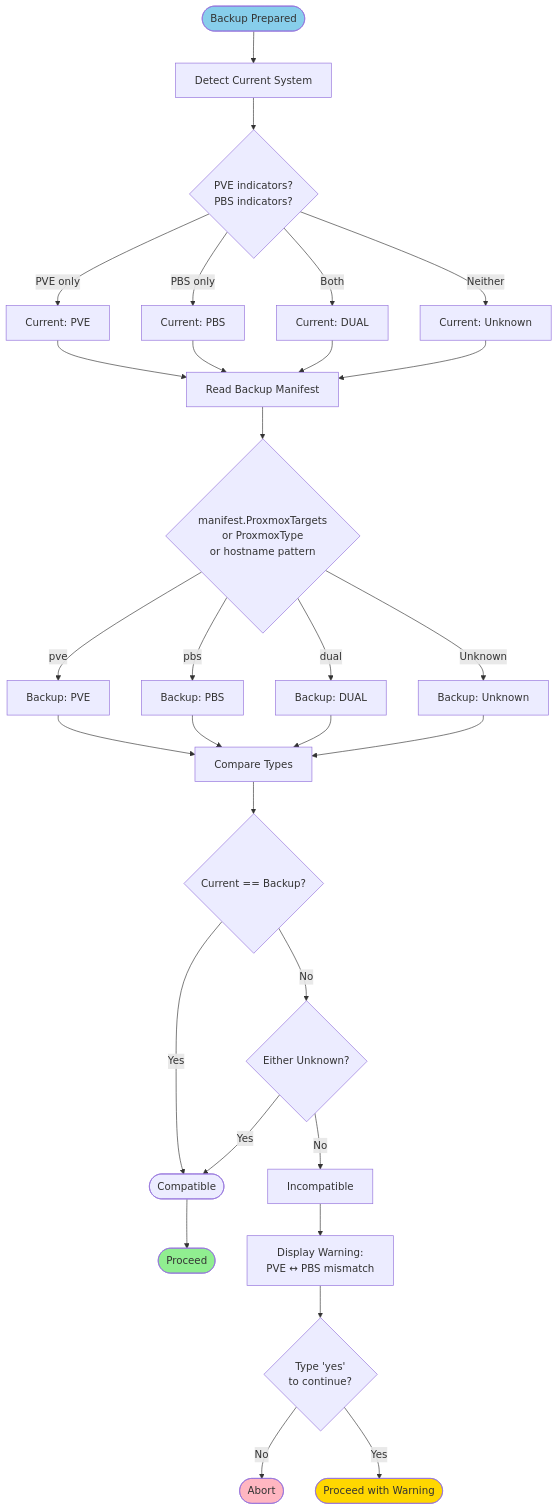
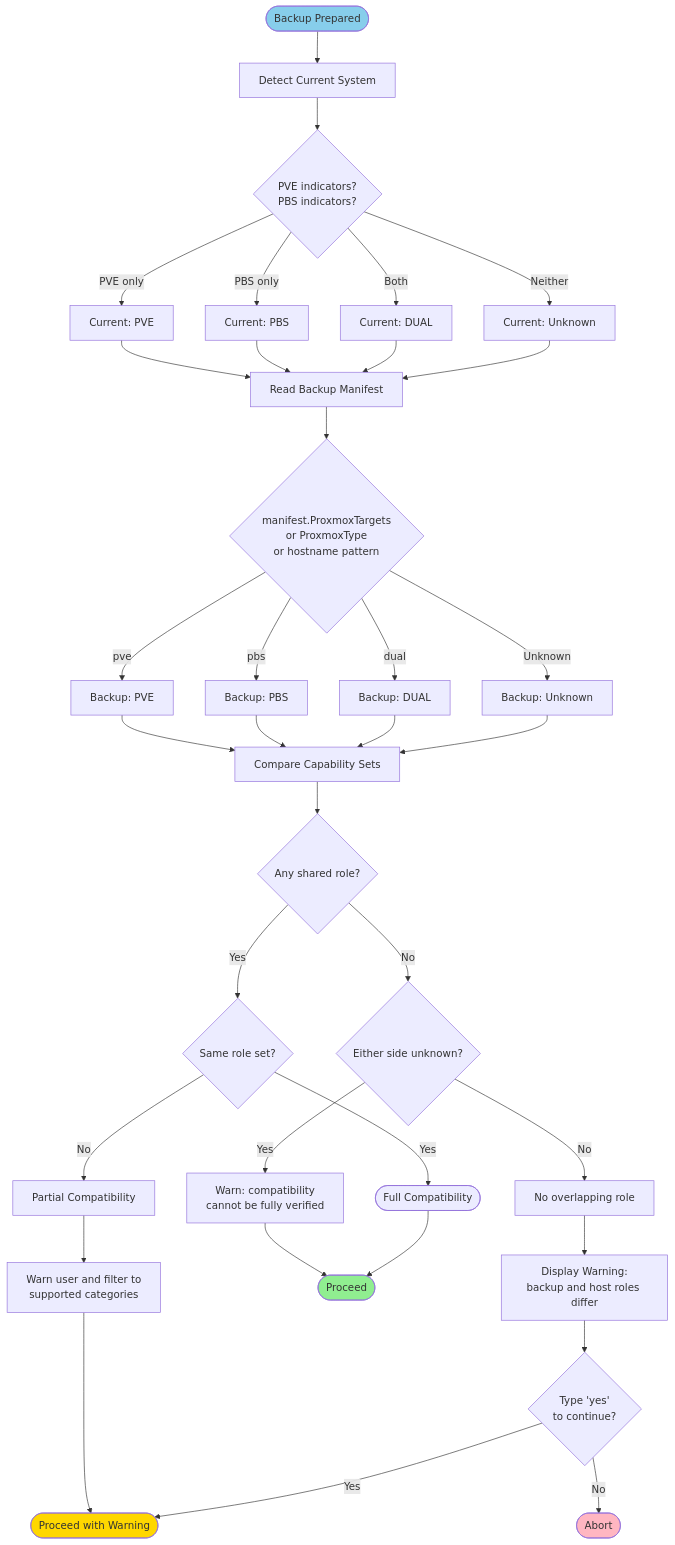
Diagram 12 of 12 in docs/RESTORE_DIAGRAMS.md (tis24dev/proxsave), drawn with Mermaid before and after one commit. The commit also changed other lines of this file and 2 other files, not shown here.

````diff
--- a/docs/RESTORE_DIAGRAMS.md
+++ b/docs/RESTORE_DIAGRAMS.md
@@ -634,46 +637,51 @@
 ```mermaid
 flowchart TD
     Start([Backup Prepared]) --> DetectCurrent[Detect Current System]
     DetectCurrent --> CheckSystem{PVE indicators?<br/>PBS indicators?}
 
     CheckSystem -->|PVE only| CurrentPVE[Current: PVE]
     CheckSystem -->|PBS only| CurrentPBS[Current: PBS]
     CheckSystem -->|Both| CurrentDual[Current: DUAL]
     CheckSystem -->|Neither| CurrentUnknown[Current: Unknown]
 
     CurrentPVE --> ReadManifest
     CurrentPBS --> ReadManifest
     CurrentDual --> ReadManifest
     CurrentUnknown --> ReadManifest[Read Backup Manifest]
 
     ReadManifest --> CheckBackupType{manifest.ProxmoxTargets<br/>or ProxmoxType<br/>or hostname pattern}
     CheckBackupType -->|pve| BackupPVE[Backup: PVE]
     CheckBackupType -->|pbs| BackupPBS[Backup: PBS]
     CheckBackupType -->|dual| BackupDual[Backup: DUAL]
     CheckBackupType -->|Unknown| BackupUnknown[Backup: Unknown]
 
     BackupPVE --> Compare
     BackupPBS --> Compare
     BackupDual --> Compare
-    BackupUnknown --> Compare[Compare Types]
+    BackupUnknown --> Compare[Compare Capability Sets]
 
-    Compare --> Match{Current == Backup?}
-    Match -->|Yes| Compatible([Compatible])
-    Match -->|No| CheckUnknown{Either Unknown?}
+    Compare --> SharedRole{Any shared role?}
+    SharedRole -->|Yes| ExactMatch{Same role set?}
+    ExactMatch -->|Yes| Compatible([Full Compatibility])
+    ExactMatch -->|No| Partial[Partial Compatibility]
+    Partial --> Filter["Warn user and filter to<br/>supported categories"]
+    Filter --> ProceedAnyway([Proceed with Warning])
 
-    CheckUnknown -->|Yes| Compatible
-    CheckUnknown -->|No| Incompatible[Incompatible]
+    SharedRole -->|No| CheckUnknown{Either side unknown?}
+    CheckUnknown -->|Yes| WarnUnknown["Warn: compatibility<br/>cannot be fully verified"]
+    WarnUnknown --> Proceed([Proceed])
+    CheckUnknown -->|No| Incompatible["No overlapping role"]
 
-    Incompatible --> DisplayWarning["Display Warning:<br/>PVE ↔ PBS mismatch"]
+    Incompatible --> DisplayWarning["Display Warning:<br/>backup and host roles differ"]
     DisplayWarning --> AskOverride{Type 'yes'<br/>to continue?}
 
     AskOverride -->|No| Abort([Abort])
-    AskOverride -->|Yes| ProceedAnyway([Proceed with Warning])
+    AskOverride -->|Yes| ProceedAnyway
 
-    Compatible --> Proceed([Proceed])
+    Compatible --> Proceed
 
     style Start fill:#87CEEB
     style Proceed fill:#90EE90
     style ProceedAnyway fill:#FFD700
     style Abort fill:#FFB6C1
 ```
````
